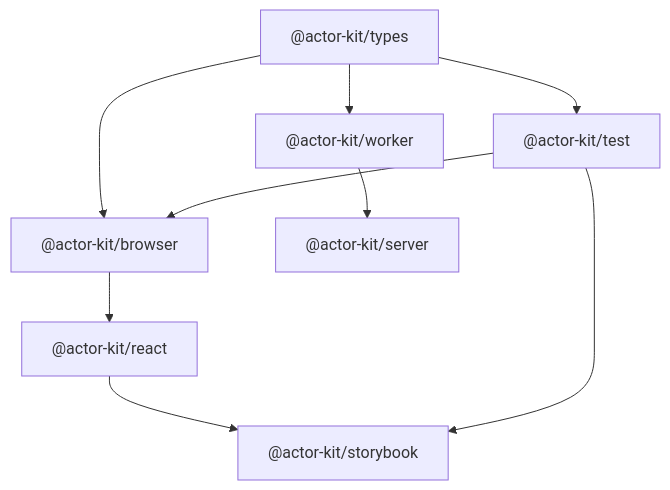
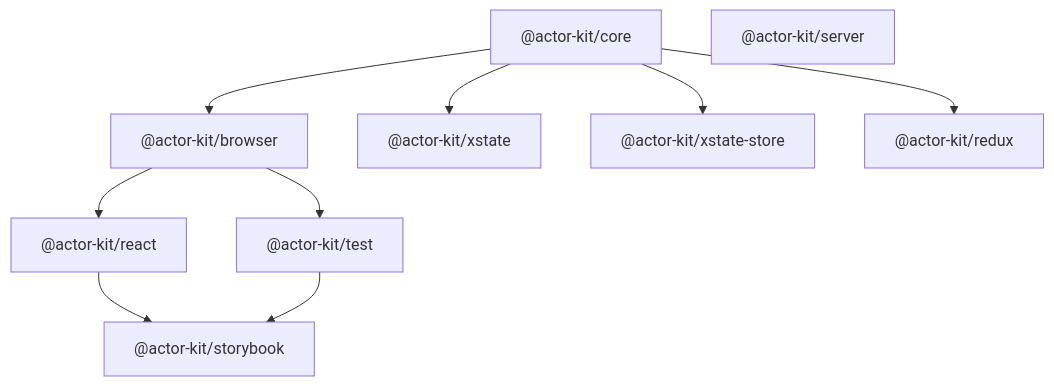
Before and after one commit to actor-kit/actor-kit: the diagram in website/src/content/docs/architecture/system-design.md, drawn with Mermaid. The commit also changed other lines of this file and 3 other files, not shown here.

````diff
--- a/website/src/content/docs/architecture/system-design.md
+++ b/website/src/content/docs/architecture/system-design.md
@@ -22,11 +24,12 @@
 ```mermaid
 graph TD
-    T["@actor-kit/types"] --> B["@actor-kit/browser"]
-    T --> W["@actor-kit/worker"]
-    T --> TE["@actor-kit/test"]
+    C["@actor-kit/core"] --> B["@actor-kit/browser"]
+    C --> XS["@actor-kit/xstate"]
+    C --> XST["@actor-kit/xstate-store"]
+    C --> RD["@actor-kit/redux"]
     B --> R["@actor-kit/react"]
-    W --> S["@actor-kit/server"]
-    TE --> B
+    B --> TE["@actor-kit/test"]
     R --> SB["@actor-kit/storybook"]
     TE --> SB
+    S["@actor-kit/server"]
 ```
````
